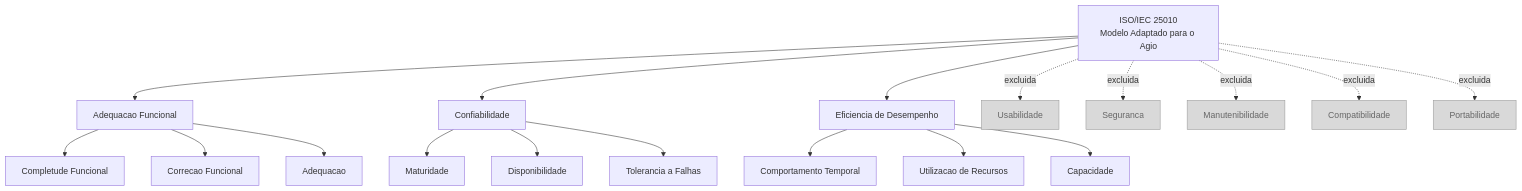
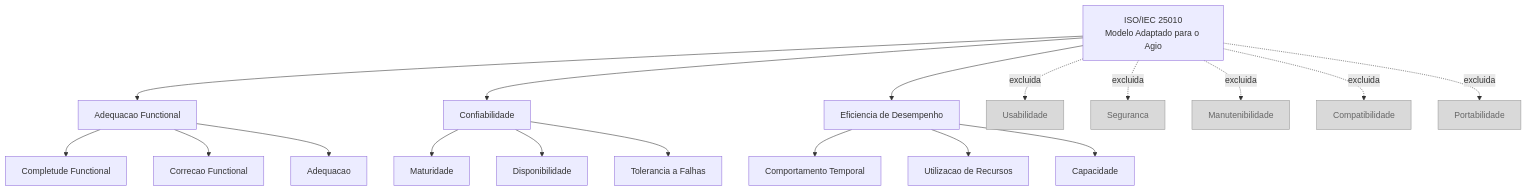
The diagram in docs/fase1/modelo_qualidade.md (FCTE-Qualidade-de-Software-1/2026-1_T01_FRANS_BILAS), drawn with Mermaid before and after one commit. The commit also changed other lines of this file and 27 other files, not shown here.

````diff
--- a/docs/fase1/modelo_qualidade.md
+++ b/docs/fase1/modelo_qualidade.md
@@ -119,32 +119,32 @@
 ```mermaid
 graph TD
     ISO["ISO/IEC 25010<br>Modelo Adaptado para o Agio"]
 
-    ISO --> AF["Adequacao Funcional"]
+    ISO --> AF["Adequacao Functional"]
     ISO --> CONF["Confiabilidade"]
     ISO --> ED["Eficiencia de Desempenho"]
 
     ISO -.->|"excluida"| USB["Usabilidade"]
     ISO -.->|"excluida"| SEG["Seguranca"]
     ISO -.->|"excluida"| MAN["Manutenibilidade"]
     ISO -.->|"excluida"| COM["Compatibilidade"]
     ISO -.->|"excluida"| POR["Portabilidade"]
 
-    AF --> CF["Completude Funcional"]
-    AF --> COR["Correcao Funcional"]
+    AF --> CF["Completude Functional"]
+    AF --> COR["Correcao Functional"]
     AF --> ADEQ["Adequacao"]
 
     CONF --> MAT["Maturidade"]
     CONF --> DISP["Disponibilidade"]
     CONF --> TOL["Tolerancia a Falhas"]
 
     ED --> CT["Comportamento Temporal"]
     ED --> UR["Utilizacao de Recursos"]
     ED --> CAP["Capacidade"]
 
     style USB fill:#d9d9d9,stroke:#999,color:#666
     style SEG fill:#d9d9d9,stroke:#999,color:#666
     style MAN fill:#d9d9d9,stroke:#999,color:#666
     style COM fill:#d9d9d9,stroke:#999,color:#666
     style POR fill:#d9d9d9,stroke:#999,color:#666
 ```
````
